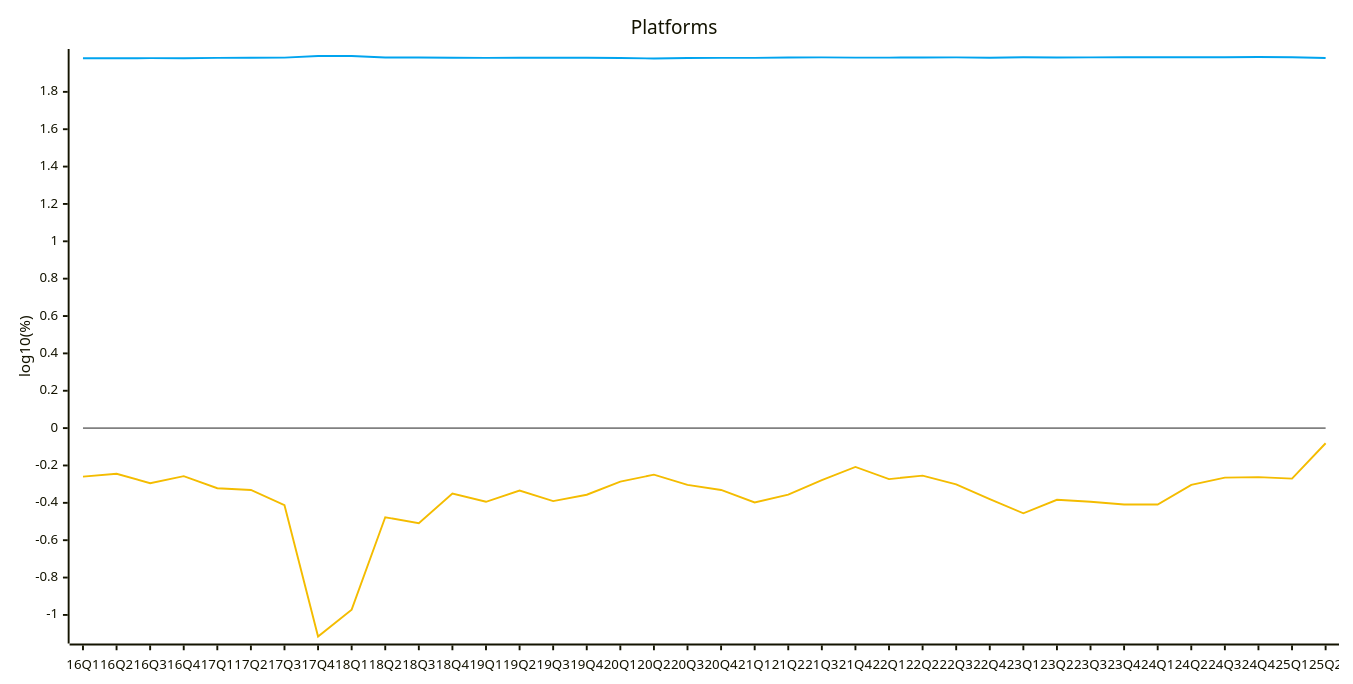
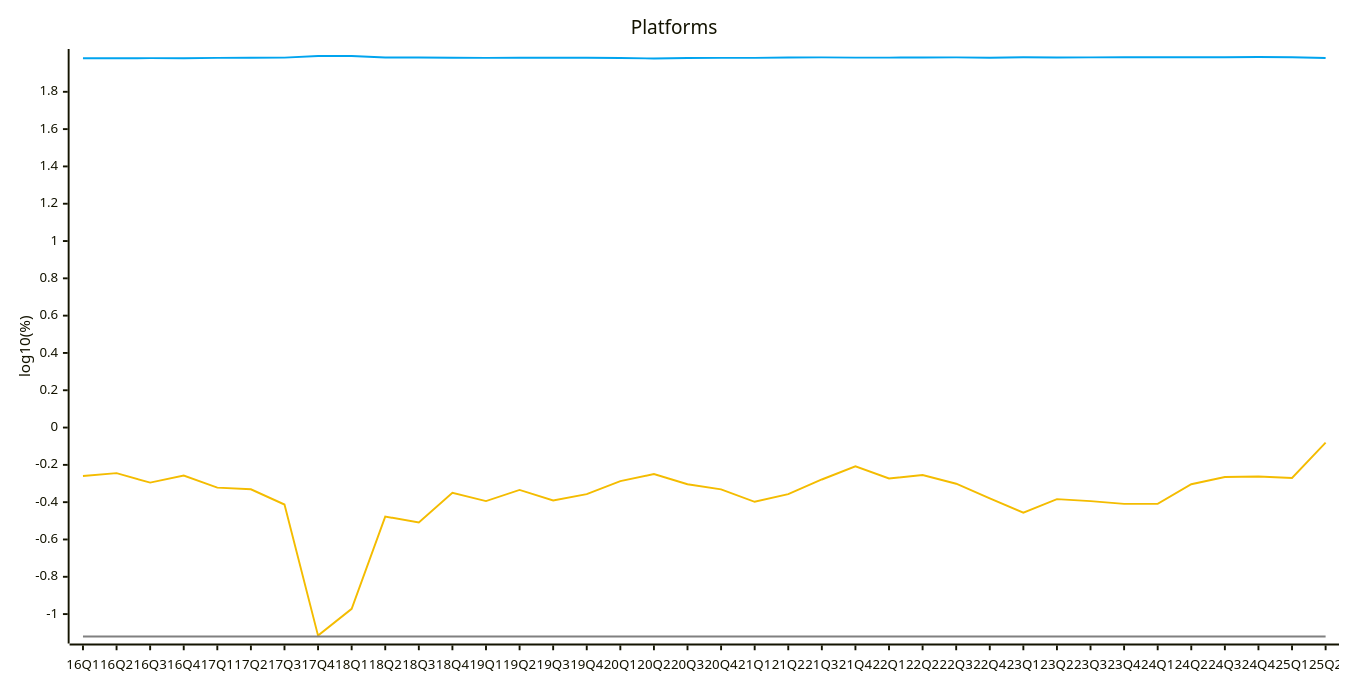
Before and after one commit to jdegene/steamHWsurvey: the tenth of 20 diagrams in README.md, drawn with Mermaid. The commit also changed 1 other file, not shown here.

Commit message:
changed min value after change to log10 scale

````diff
--- a/README.md
+++ b/README.md
@@ -325,22 +325,22 @@
 ```mermaid
 ---
 config:
     xyChart:
         width: 1400
         height: 700
         
     themeVariables:
         xyChart:
             plotColorPalette: "#00A4EF,#F4BC00,#FFFFFF,#808080"
 
 --- 
 
 xychart-beta
     title "Platforms"
     x-axis [16Q1, 16Q2, 16Q3, 16Q4, 17Q1, 17Q2, 17Q3, 17Q4, 18Q1, 18Q2, 18Q3, 18Q4, 19Q1, 19Q2, 19Q3, 19Q4, 20Q1, 20Q2, 20Q3, 20Q4, 21Q1, 21Q2, 21Q3, 21Q4, 22Q1, 22Q2, 22Q3, 22Q4, 23Q1, 23Q2, 23Q3, 23Q4, 24Q1, 24Q2, 24Q3, 24Q4, 25Q1, 25Q2]
     y-axis "log10(%)" 
     line [1.9802155404383917, 1.979624240628282, 1.980351879987696, 1.9800185299398638, 1.9816827273712854, 1.982572721758308, 1.9832803974968953, 1.9917722931389528, 1.9918165509457988, 1.9836713828601966, 1.9841370981421773, 1.9823164696920652, 1.9818337023022028, 1.98260285912218, 1.982663127576607, 1.9824973691977124, 1.980987565897523, 1.9784544333652285, 1.9808968105721918, 1.9818789845490319, 1.9820148029679552, 1.9836563514685916, 1.9843472575858638, 1.9830095089762874, 1.983475934177939, 1.9839418589838882, 1.984332249569209, 1.982843882774237, 1.985067033150501, 1.9837315032246328, 1.9845123115481849, 1.9854863519931893, 1.9850220821095352, 1.9854264740830017, 1.985126960635335, 1.9866075369314276, 1.9853516150839534, 1.9808665545820792]
     line [-0.2596373105057561, -0.24412514432750856, -0.2952776667748899, -0.25701316667960733, -0.3217852172546007, -0.33099321904142437, -0.412663265492744, -1.1153934187020695, -0.9719712763997564, -0.4771212547196624, -0.5086383061657274, -0.35001645635485484, -0.3943358844032124, -0.3341064544655673, -0.39076142404491426, -0.3565473235138126, -0.286789556549371, -0.24923455010598888, -0.30393498630738836, -0.33099321904142437, -0.3979400086720376, -0.3565473235138126, -0.27846416776523975, -0.20760831050174613, -0.27300127206373764, -0.2544047835720792, -0.3010299956639812, -0.38021124171160603, -0.4559319556497244, -0.38369956955742734, -0.3943358844032124, -0.40893539297350084, -0.40893539297350084, -0.30393498630738836, -0.26493365031570454, -0.26227740667196464, -0.2702953786878128, -0.08092190762392612]
     line [0.5198279937757186, 0.5344491888776157, 0.49369035615285534, 0.5100979751883424, 0.46834733041215726, 0.4398587926007197, 0.43136376415898736, 0.08990511143939793, 0.1072099696478683, 0.44247976906444864, 0.41329976408125185, 0.46139847045682947, 0.4790471757557008, 0.45229767099463025, 0.43880595697745334, 0.44352374668712513, 0.4823971222533358, 0.5542872095319618, 0.48287358360875376, 0.4732435996564607, 0.4727564493172124, 0.41608549834018554, 0.359835482339888, 0.35410843914740087, 0.3424226808222063, 0.2952004520032574, 0.24551266781414982, 0.27184160653649897, 0.20682587603184968, 0.17993459813744145, -0.00877392430750515, -0.09691001300805639, -0.13469857389745624, -0.13469857389745624, -0.10605339244792618, -0.07058107428570734, -0.06550154875643234, 0.06818586174616162]
-    line [0, 0, 0, 0, 0, 0, 0, 0, 0, 0, 0, 0, 0, 0, 0, 0, 0, 0, 0, 0, 0, 0, 0, 0, 0, 0, 0, 0, 0, 0, 0, 0, 0, 0, 0, 0, 0, 0]
+    line [-1.12, -1.12, -1.12, -1.12, -1.12, -1.12, -1.12, -1.12, -1.12, -1.12, -1.12, -1.12, -1.12, -1.12, -1.12, -1.12, -1.12, -1.12, -1.12, -1.12, -1.12, -1.12, -1.12, -1.12, -1.12, -1.12, -1.12, -1.12, -1.12, -1.12, -1.12, -1.12, -1.12, -1.12, -1.12, -1.12, -1.12, -1.12]
 ``` 
````
